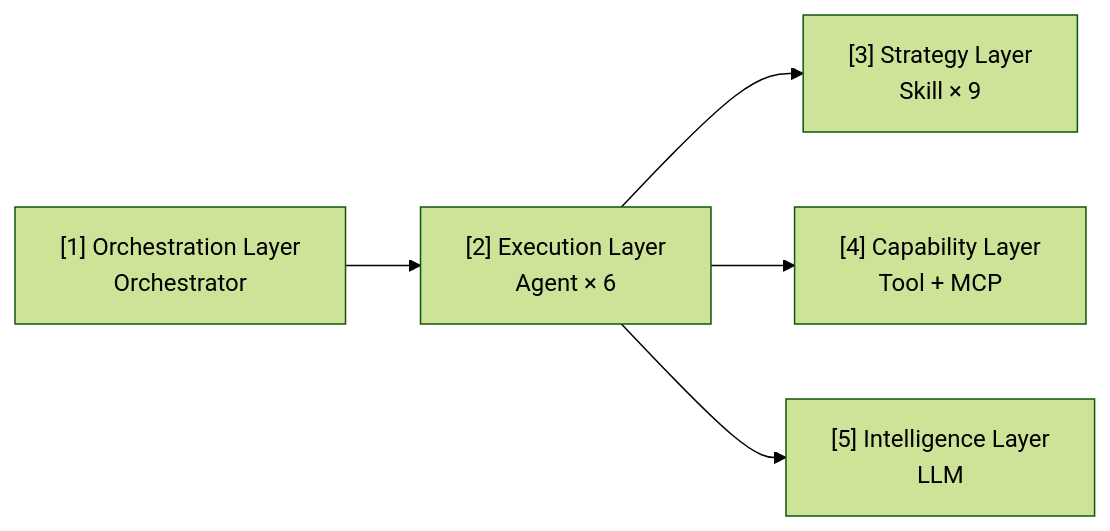
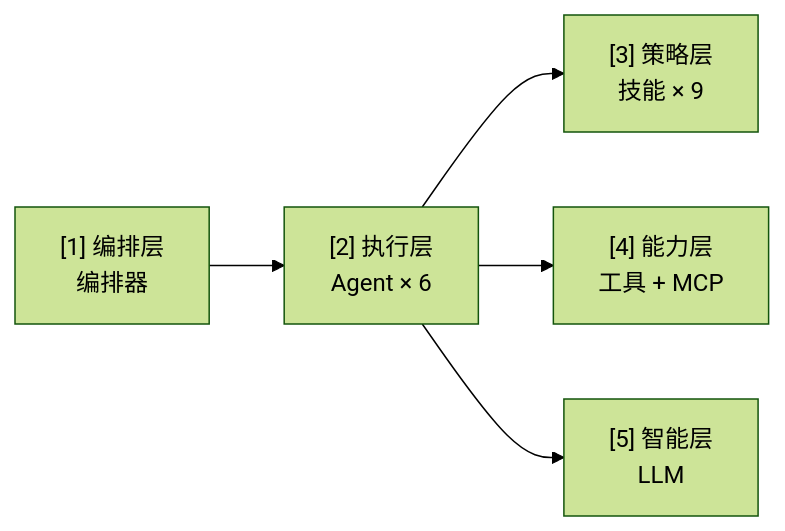
The second of 8 diagrams in docs/architecture.md (hanchaoqun/codrax), drawn with Mermaid (forest theme) before and after one commit. The commit also changed other lines of this file and 1 other file, not shown here.

Commit message:
Translate README.md and architecture.md to Chinese

````diff
--- a/docs/architecture.md
+++ b/docs/architecture.md
@@ -96,12 +96,12 @@
 ```mermaid
 graph LR
-    L1["[1] Orchestration Layer<br/>Orchestrator"]
-    L2["[2] Execution Layer<br/>Agent × 6"]
-    L3["[3] Strategy Layer<br/>Skill × 9"]
-    L4["[4] Capability Layer<br/>Tool + MCP"]
-    L5["[5] Intelligence Layer<br/>LLM"]
+    L1["[1] 编排层<br/>编排器"]
+    L2["[2] 执行层<br/>Agent × 6"]
+    L3["[3] 策略层<br/>技能 × 9"]
+    L4["[4] 能力层<br/>工具 + MCP"]
+    L5["[5] 智能层<br/>LLM"]
 
     L1 --> L2 --> L3
     L2 --> L4
     L2 --> L5
 ```
````
